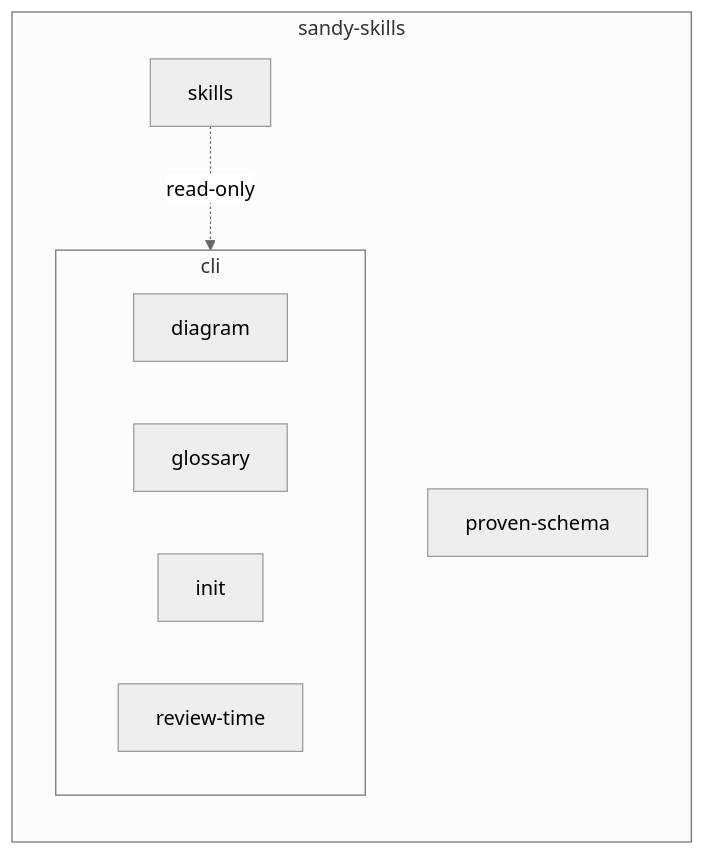
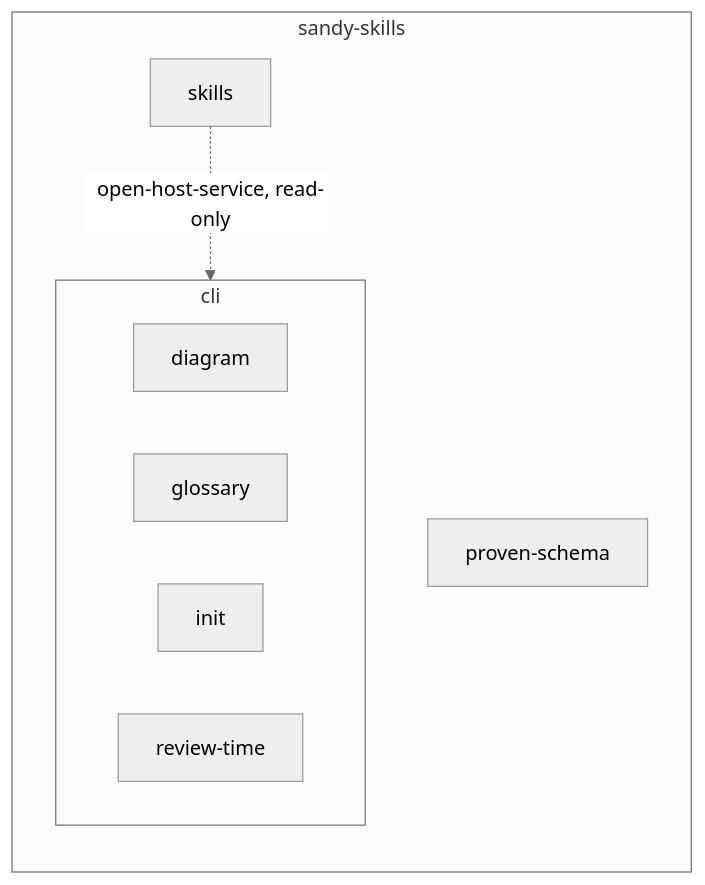
Before and after one commit to sandyhq/sandy-skills: the diagram in standards/diagrams.md, drawn with Mermaid (neutral theme). The commit also changed other lines of this file and 20 other files, not shown here.

Commit message:
seams: Relation line with 1 of the 7 glossary values, check reports missing-relation and bad-relation as errors, the diagram writes the relation on each arrow (change add-seam-relations)

````diff
--- a/standards/diagrams.md
+++ b/standards/diagrams.md
@@ -34,14 +34,14 @@
 ```mermaid
 flowchart LR
   subgraph p_sandy_2d_skills["sandy-skills"]
     subgraph p_cli["cli"]
       p_diagram["diagram"]
       p_glossary["glossary"]
       p_init["init"]
       p_review_2d_time["review-time"]
     end
     p_proven_2d_schema["proven-schema"]
     p_skills["skills"]
   end
-  p_skills -.->|read-only| p_cli
+  p_skills -.->|open-host-service, read-only| p_cli
 ```
````
